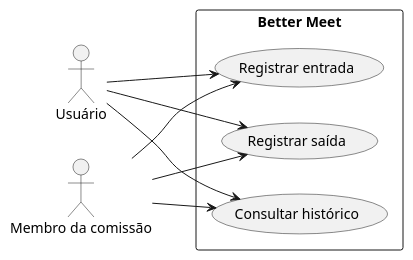
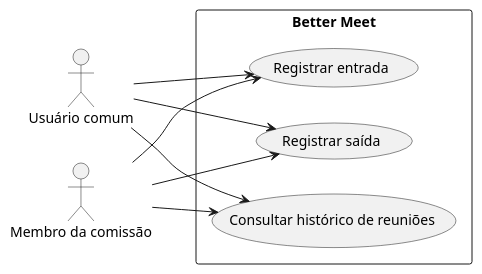
One commit to MiguelIFSP/BRTPDS2-PROJETO-E-DESENVOLVIMENTO-DE-SISTEMAS-2 changed the first of 2 diagrams in documentos/entrega3_Di2/breno.md. Above: the diagram before and after it, drawn with PlantUML. The commit also changed other lines of this file, not shown here.

````diff
--- a/documentos/entrega3_Di2/breno.md
+++ b/documentos/entrega3_Di2/breno.md
@@ -78,20 +142,20 @@
 ```plantuml
 @startuml
 left to right direction
-actor "Usuário" as U
+actor "Usuário comum" as U
 actor "Membro da comissão" as M
 
 rectangle "Better Meet" {
-  usecase "Consultar histórico" as UC1
+  usecase "Consultar histórico de reuniões" as UC1
   usecase "Registrar entrada" as UC2
   usecase "Registrar saída" as UC3
 }
 
 U --> UC1
 U --> UC2
 U --> UC3
 M --> UC1
 M --> UC2
 M --> UC3
 @enduml
 ```
````
